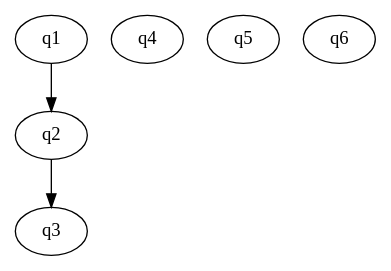
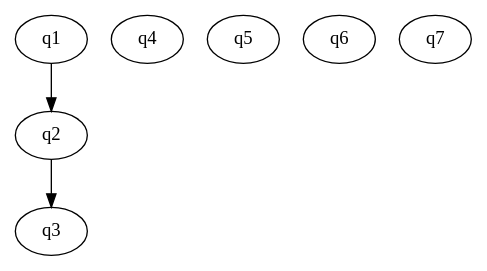
Before and after one commit to cdurden/algebra742: the diagram in algebra742live/content/question_digraphs/ch5.dot, drawn with Graphviz. The commit also changed 1 other file, not shown here.

```diff
--- a/algebra742live/content/question_digraphs/ch5.dot
+++ b/algebra742live/content/question_digraphs/ch5.dot
@@ -1,10 +1,11 @@
 digraph ch5 {
   start=q1;
   q1 [class="Question.AsyGraphicsDrawingQuestion",params="{'template': 'NumberLine.asy', 'min':'-8', 'max':'8', 'Question': 'Where are $-5$ and $2$ relative to each other?'}"];
   q2 [class="Question.QuestionOnePlusOne",params="{'Question': 'What is $1+1?'}"];
   q3 [class="Question.DrawingQuestion",params="{'Question': 'What is one plus one?'}"];
   q4 [class="Question.DotGraphicsQuestion",params="{'template': 'ch5.dot'}"];
   q5 [class="Question.SolutionQuestion",params="{'statement': 'x+3>70'}"];
   q6 [class="Question.MultiPartQuestion",params="{'parts': [{'class':'Question.SolutionQuestion', 'params': {'statement': 'x+3>70'}}, {'class':'Question.SolutionQuestion', 'params': {'statement': 'x+3<70'}}, {'class':'Question.SolutionQuestion', 'params': {'statement': '5x<2'}}, {'class':'Question.SolutionQuestion', 'params': {'statement': '-5x<2'}}]}"];
+  q7 [class="Question.MultiPartQuestion",params="{'parts': [{'class':'Question.SolutionQuestion', 'params': {'statement': 'x+3>70'}}]}"];
   q1 -> q2 -> q3;
 }
```
